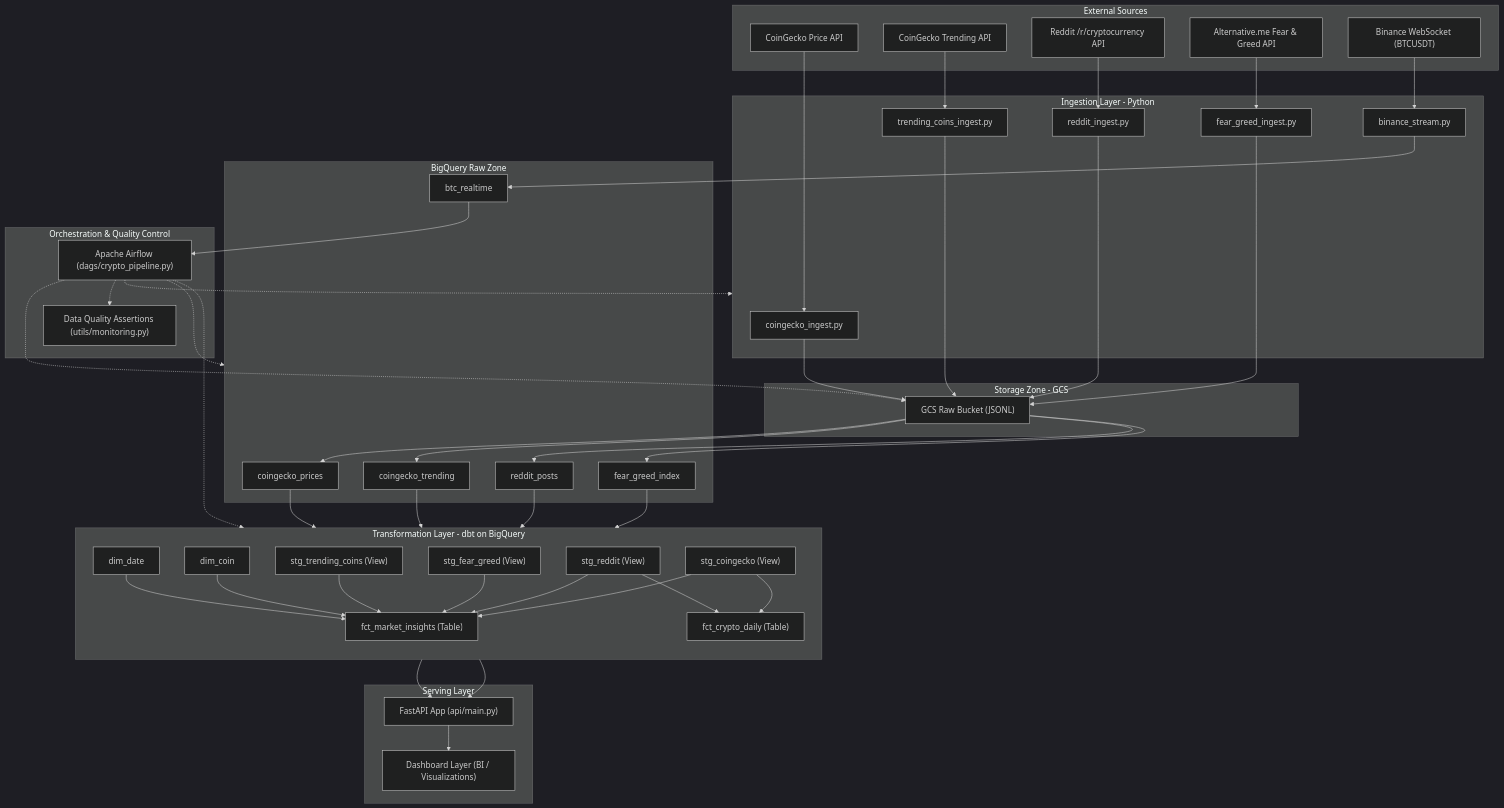
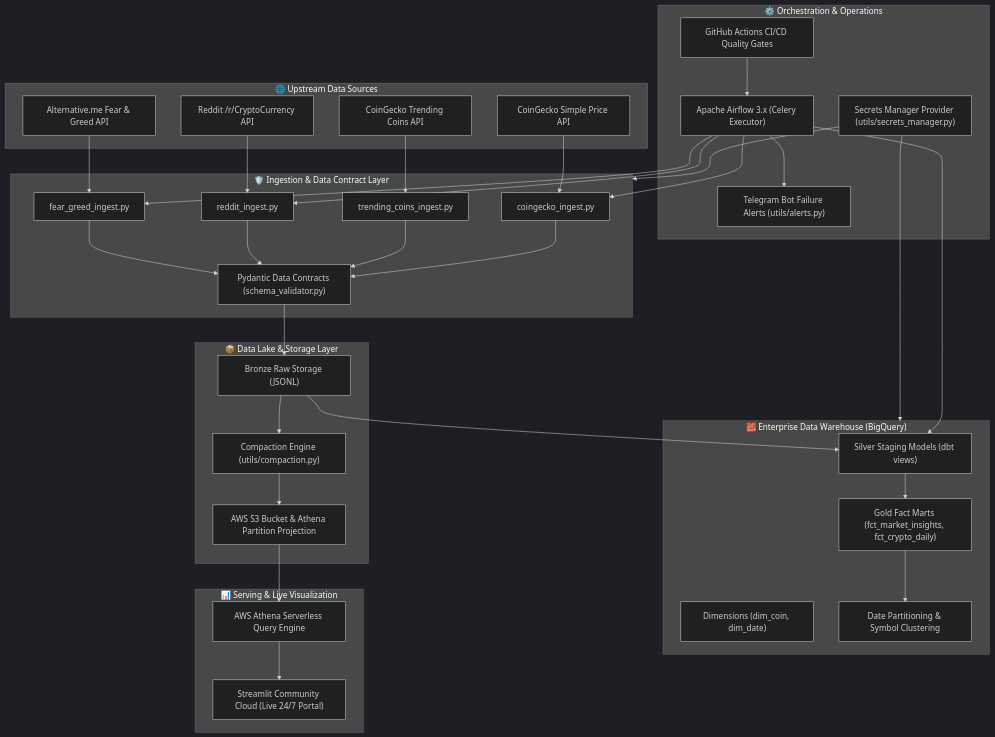
The diagram in docs/architecture.md (BinHG05/crypto-data-pipeline), drawn with Mermaid (dark theme) before and after one commit. The commit also changed other lines of this file and 1 other file, not shown here.

Commit message:
docs: overhaul system architecture and monitoring guides for production release

````diff
--- a/docs/architecture.md
+++ b/docs/architecture.md
@@ -7,108 +11,62 @@
 ```mermaid
-graph TD
-    %% Source Systems
-    subgraph Sources [External Sources]
-        CG_Price["CoinGecko Price API"]
-        CG_Trend["CoinGecko Trending API"]
-        Reddit["Reddit /r/cryptocurrency API"]
+flowchart TD
+    subgraph Sources ["🌐 Upstream Data Sources"]
+        CG_Price["CoinGecko Simple Price API"]
+        CG_Trend["CoinGecko Trending Coins API"]
+        Reddit["Reddit /r/CryptoCurrency API"]
         FNG["Alternative.me Fear & Greed API"]
-        Binance["Binance WebSocket (BTCUSDT)"]
     end
 
-    %% Ingestion Layer
-    subgraph Ingest [Ingestion Layer - Python]
-        CG_P_Ingest["coingecko_ingest.py"]
-        CG_T_Ingest["trending_coins_ingest.py"]
+    subgraph Ingestion ["🛡️ Ingestion & Data Contract Layer"]
+        CG_Ingest["coingecko_ingest.py"]
         Reddit_Ingest["reddit_ingest.py"]
         FNG_Ingest["fear_greed_ingest.py"]
-        Binance_Stream["binance_stream.py"]
+        Trend_Ingest["trending_coins_ingest.py"]
+        PYD["Pydantic Data Contracts (schema_validator.py)"]
     end
 
-    %% Landing Zone / Storage
-    subgraph Storage [Storage Zone - GCS]
-        GCS_Raw["GCS Raw Bucket (JSONL)"]
+    subgraph Storage ["📦 Data Lake & Storage Layer"]
+        RAW_JSON["Bronze Raw Storage (JSONL)"]
+        COMPACT["Compaction Engine (utils/compaction.py)"]
+        S3["AWS S3 Bucket & Athena Partition Projection"]
     end
 
-    %% Data Warehouse Raw Tables
-    subgraph BQ_Raw [BigQuery Raw Zone]
-        BQ_CG_P["coingecko_prices"]
-        BQ_CG_T["coingecko_trending"]
-        BQ_Reddit["reddit_posts"]
-        BQ_FNG["fear_greed_index"]
-        BQ_Binance["btc_realtime"]
+    subgraph Warehouse ["🧱 Enterprise Data Warehouse (BigQuery)"]
+        STG["Silver Staging Models (dbt views)"]
+        DIM["Dimensions (dim_coin, dim_date)"]
+        FACT["Gold Fact Marts (fct_market_insights, fct_crypto_daily)"]
+        PART["Date Partitioning & Symbol Clustering"]
     end
 
-    %% Transformation Layer (dbt)
-    subgraph dbt [Transformation Layer - dbt on BigQuery]
-        direction TB
-        stg_CG["stg_coingecko (View)"]
-        stg_CGT["stg_trending_coins (View)"]
-        stg_Reddit["stg_reddit (View)"]
-        stg_FNG["stg_fear_greed (View)"]
-        
-        dim_C["dim_coin"]
-        dim_D["dim_date"]
-        
-        fct_Insight["fct_market_insights (Table)"]
-        fct_Daily["fct_crypto_daily (Table)"]
+    subgraph Ops ["⚙️ Orchestration & Operations"]
+        Airflow["Apache Airflow 3.x (Celery Executor)"]
+        Telegram["Telegram Bot Failure Alerts (utils/alerts.py)"]
+        Secrets["Secrets Manager Provider (utils/secrets_manager.py)"]
+        CICD["GitHub Actions CI/CD Quality Gates"]
     end
 
-    %% Exposition / Serving Layer
-    subgraph Serving [Serving Layer]
-        API["FastAPI App (api/main.py)"]
-        Dashboard["Dashboard Layer (BI / Visualizations)"]
+    subgraph Serving ["📊 Serving & Live Visualization"]
+        Athena["AWS Athena Serverless Query Engine"]
+        Streamlit["Streamlit Community Cloud (Live 24/7 Portal)"]
     end
 
-    %% Orchestration & Quality
-    subgraph Orchestration [Orchestration & Quality Control]
-        Airflow["Apache Airflow (dags/crypto_pipeline.py)"]
-        DQ_Checks["Data Quality Assertions (utils/monitoring.py)"]
-    end
+    CG_Price --> CG_Ingest --> PYD
+    CG_Trend --> Trend_Ingest --> PYD
+    Reddit --> Reddit_Ingest --> PYD
+    FNG --> FNG_Ingest --> PYD
 
-    %% Connections
-    CG_Price --> CG_P_Ingest
-    CG_Trend --> CG_T_Ingest
-    Reddit --> Reddit_Ingest
-    FNG --> FNG_Ingest
-    Binance --> Binance_Stream
+    PYD --> RAW_JSON --> COMPACT --> S3
+    RAW_JSON --> STG --> FACT --> PART
 
-    CG_P_Ingest --> GCS_Raw
-    CG_T_Ingest --> GCS_Raw
-    Reddit_Ingest --> GCS_Raw
-    FNG_Ingest --> GCS_Raw
-    Binance_Stream --> BQ_Binance
+    Airflow --> CG_Ingest
+    Airflow --> Reddit_Ingest
+    Airflow --> FNG_Ingest
+    Airflow --> STG
+    Airflow --> Telegram
 
-    GCS_Raw --> BQ_CG_P
-    GCS_Raw --> BQ_CG_T
-    GCS_Raw --> BQ_Reddit
-    GCS_Raw --> BQ_FNG
+    Secrets --> Ingestion
+    Secrets --> Warehouse
+    CICD --> Airflow
 
-    BQ_CG_P --> stg_CG
-    BQ_CG_T --> stg_CGT
-    BQ_Reddit --> stg_Reddit
-    BQ_FNG --> stg_FNG
-
-    stg_CG --> fct_Insight
-    stg_Reddit --> fct_Insight
-    stg_FNG --> fct_Insight
-    stg_CGT --> fct_Insight
-
-    dim_C --> fct_Insight
-    dim_D --> fct_Insight
-
-    stg_CG --> fct_Daily
-    stg_Reddit --> fct_Daily
-
-    fct_Insight --> API
-    fct_Daily --> API
-    BQ_Binance --> Airflow
-    
-    API --> Dashboard
-
-    %% Orchestration triggers
-    Airflow -.-> Ingest
-    Airflow -.-> GCS_Raw
-    Airflow -.-> BQ_Raw
-    Airflow -.-> DQ_Checks
-    Airflow -.-> dbt
+    S3 --> Athena --> Streamlit
 ```
````
